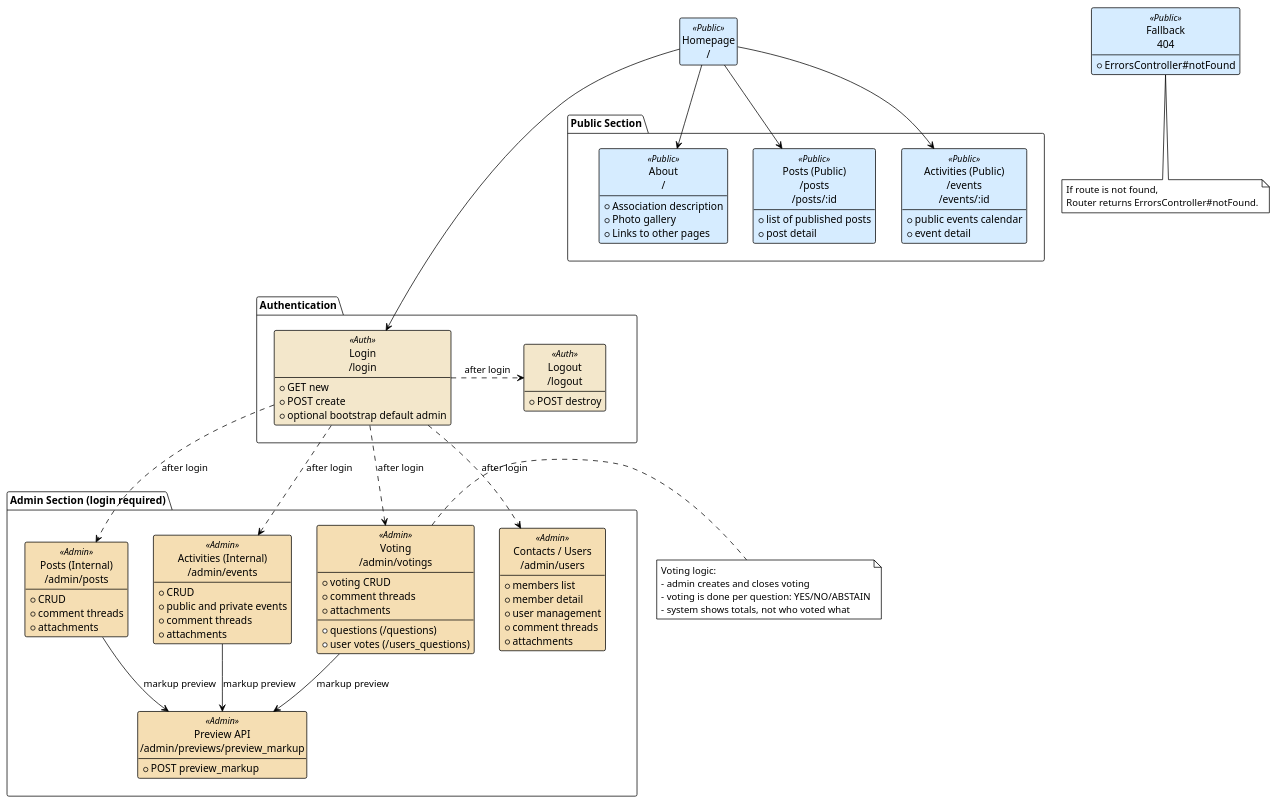
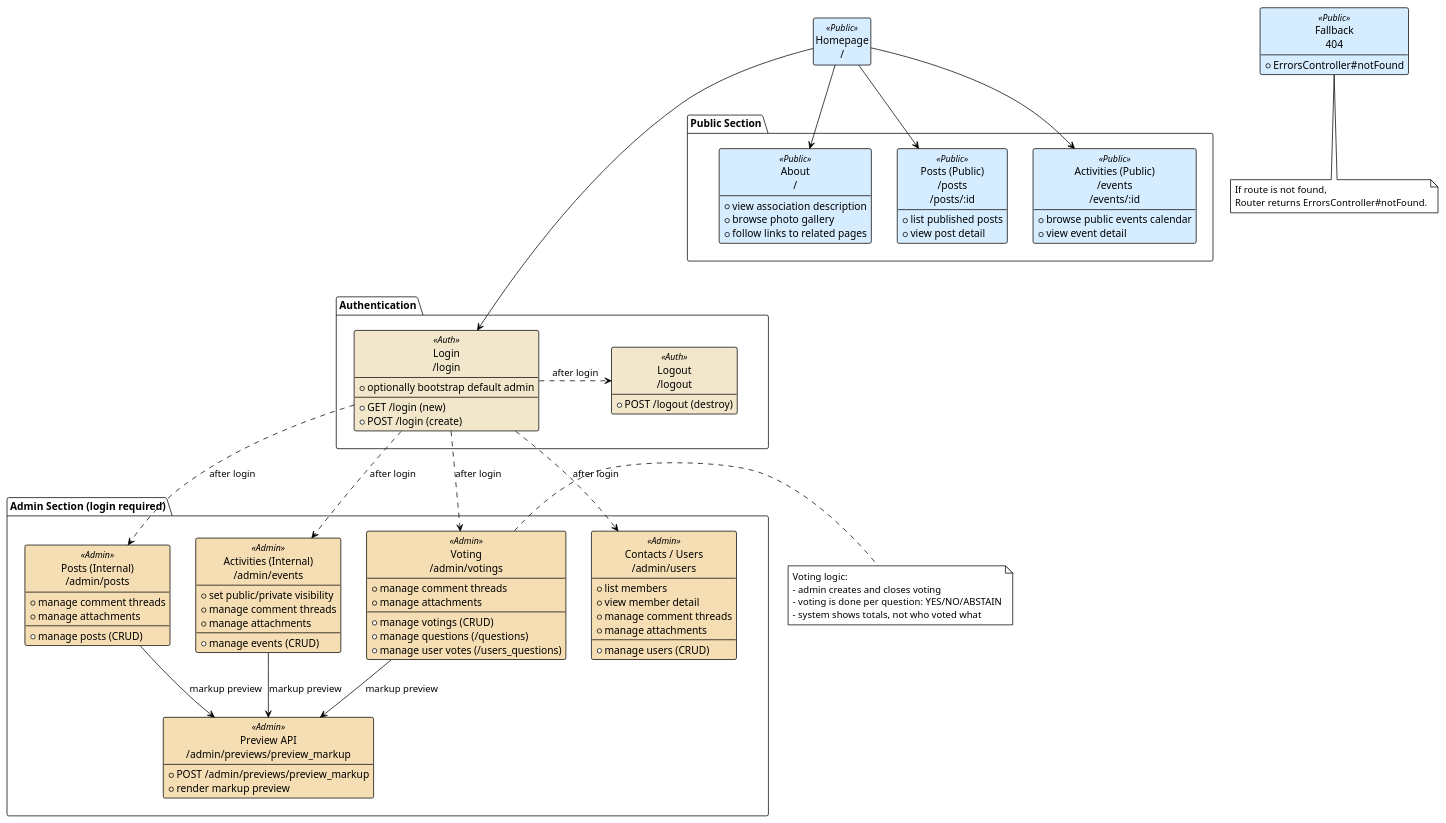
One commit to jacky32/slovjani changed the diagram in docs/diagrams/sitemap.plantuml. Above: the diagram before and after it, drawn with PlantUML. The commit also changed 1 other file, not shown here.

Commit message:
Update sitemap diagram

```diff
--- a/docs/diagrams/sitemap.plantuml
+++ b/docs/diagrams/sitemap.plantuml
@@ -1,113 +1,114 @@
 @startuml "Sitemap Diagram"
 !theme plain
 hide empty members
 hide circles
 
 skinparam class {
     BorderColor Black
     BackgroundColor<<Public>> #d6ecff
     BackgroundColor<<Auth>> #f3e7cb
     BackgroundColor<<Admin>> #f5deb3
 }
 
 class "Homepage\n/" as Home <<Public>>
 
 package "Public Section" as PublicSection {
     class "About\n/" as PublicHome <<Public>> {
-        + Association description
-        + Photo gallery
-        + Links to other pages
+        + view association description
+        + browse photo gallery
+        + follow links to related pages
     }
 
     class "Posts (Public)\n/posts\n/posts/:id" as PublicPosts <<Public>> {
-        + list of published posts
-        + post detail
+        + list published posts
+        + view post detail
     }
 
     class "Activities (Public)\n/events\n/events/:id" as PublicEvents <<Public>> {
-        + public events calendar
-        + event detail
+        + browse public events calendar
+        + view event detail
     }
 }
 
 package "Authentication" as AuthSection {
     class "Login\n/login" as Login <<Auth>> {
-        + GET new
-        + POST create
-        + optional bootstrap default admin
+        + GET /login (new)
+        + POST /login (create)
+        + optionally bootstrap default admin
     }
 
     class "Logout\n/logout" as Logout <<Auth>> {
-        + POST destroy
+        + POST /logout (destroy)
     }
 }
 
 package "Admin Section (login required)" as AdminSection {
     class "Posts (Internal)\n/admin/posts" as AdminPosts <<Admin>> {
-        + CRUD
-        + comment threads
-        + attachments
+        + manage posts (CRUD)
+        + manage comment threads
+        + manage attachments
     }
 
     class "Activities (Internal)\n/admin/events" as AdminEvents <<Admin>> {
-        + CRUD
-        + public and private events
-        + comment threads
-        + attachments
+        + manage events (CRUD)
+        + set public/private visibility
+        + manage comment threads
+        + manage attachments
     }
 
     class "Voting\n/admin/votings" as AdminVotings <<Admin>> {
-        + voting CRUD
-        + questions (/questions)
-        + user votes (/users_questions)
-        + comment threads
-        + attachments
+        + manage votings (CRUD)
+        + manage questions (/questions)
+        + manage user votes (/users_questions)
+        + manage comment threads
+        + manage attachments
     }
 
     class "Contacts / Users\n/admin/users" as AdminUsers <<Admin>> {
-        + members list
-        + member detail
-        + user management
-        + comment threads
-        + attachments
+        + list members
+        + view member detail
+        + manage users (CRUD)
+        + manage comment threads
+        + manage attachments
     }
 
     class "Preview API\n/admin/previews/preview_markup" as AdminPreview <<Admin>> {
-        + POST preview_markup
+        + POST /admin/previews/preview_markup
+        + render markup preview
     }
 }
 
 class "Fallback\n404" as NotFound <<Public>> {
     + ErrorsController#notFound
 }
 
 PublicSection -[hidden]down-> AuthSection
 AuthSection -[hidden]down-> AdminSection
 
 Home --> PublicHome
 Home --> PublicPosts
 Home --> PublicEvents
 Home --> Login
 
 Login .> Logout : after login
 Login .> AdminPosts : after login
 Login .> AdminEvents : after login
 Login .> AdminVotings : after login
 Login .> AdminUsers : after login
 AdminPosts --> AdminPreview : markup preview
 AdminEvents --> AdminPreview : markup preview
 AdminVotings --> AdminPreview : markup preview
 
 note right of AdminVotings
     Voting logic:
     - admin creates and closes voting
     - voting is done per question: YES/NO/ABSTAIN
     - system shows totals, not who voted what
 end note
 
 note bottom of NotFound
     If route is not found,
     Router returns ErrorsController#notFound.
 end note
 
 @enduml
```
